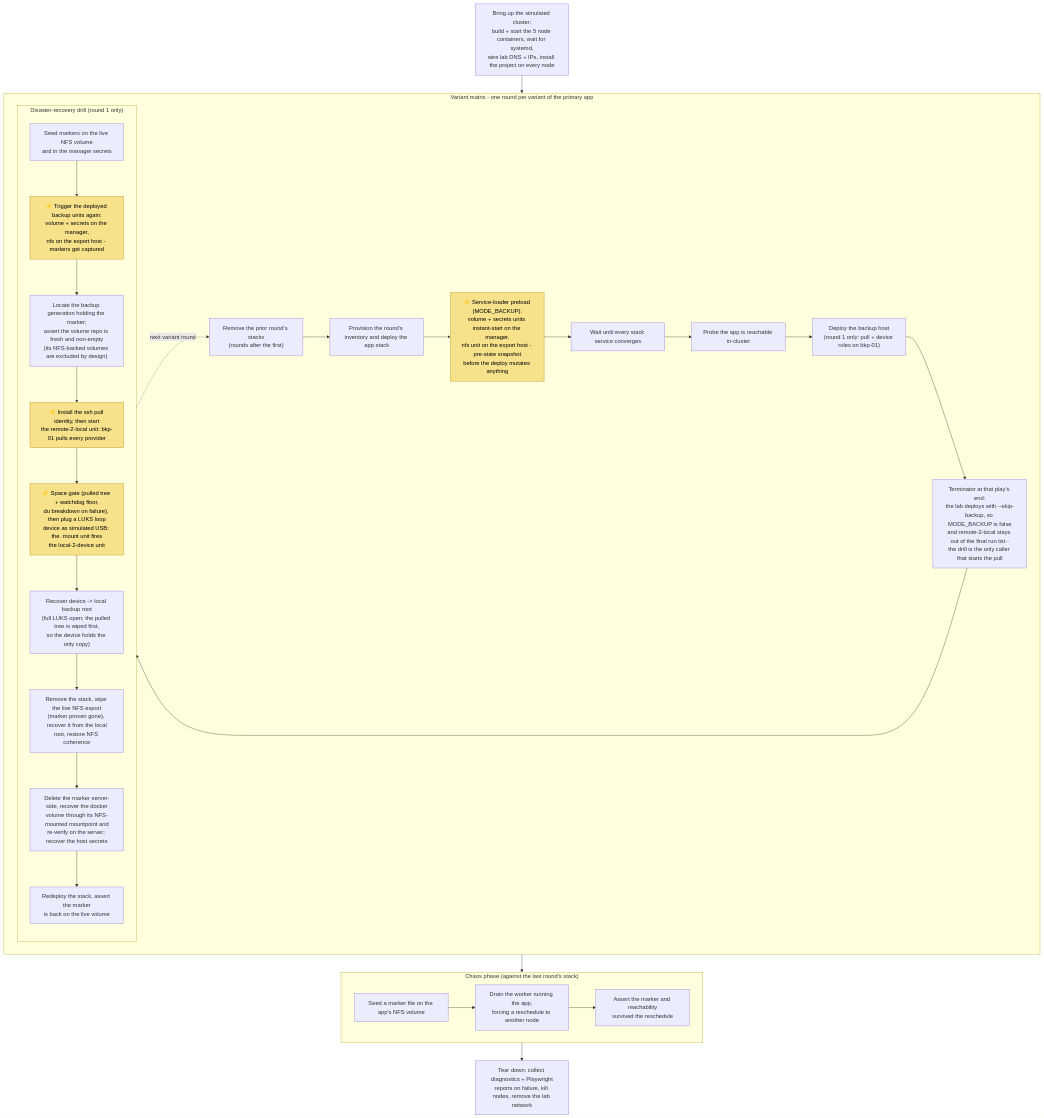
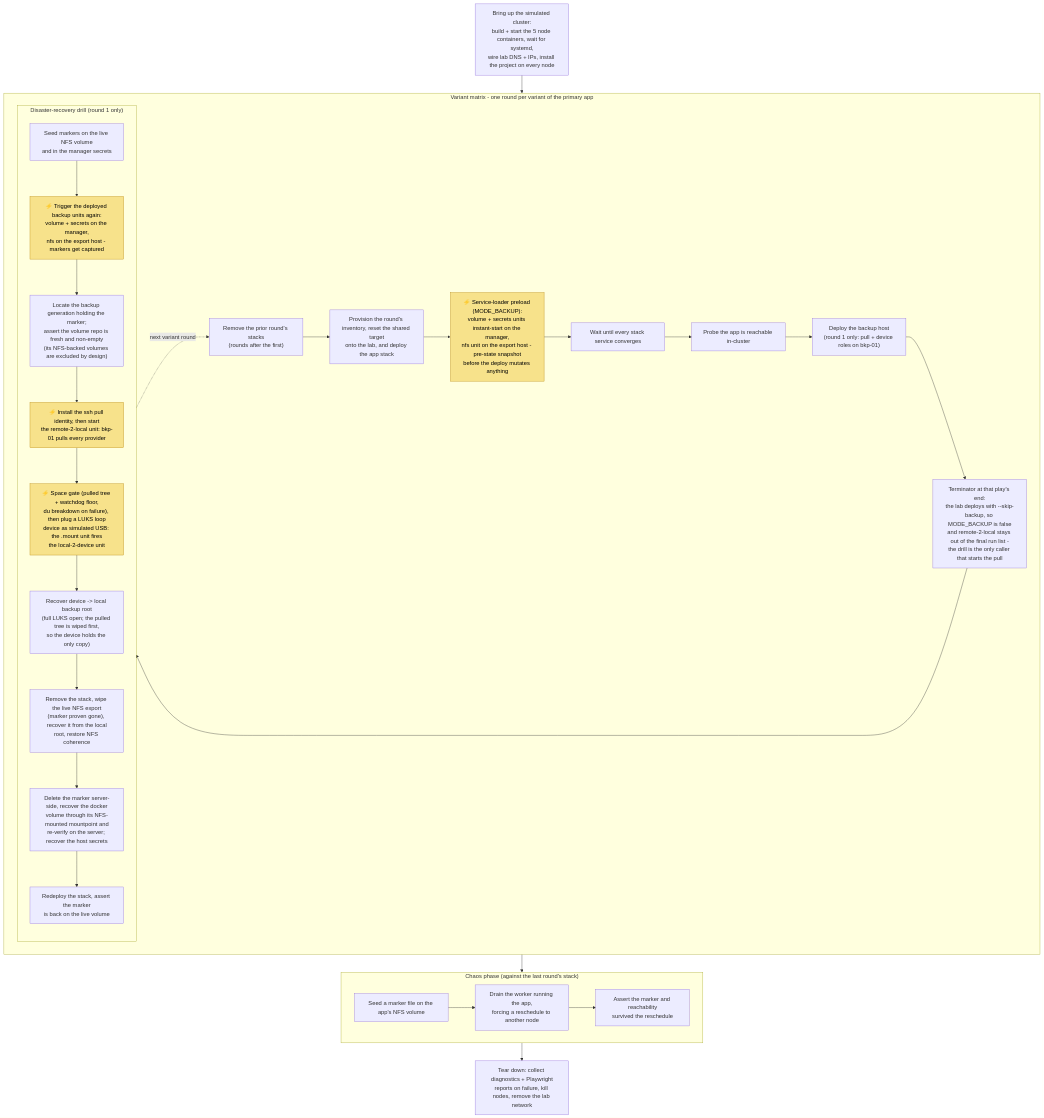
The diagram in scripts/tests/deploy/swarm/routine/README.md (infinito-nexus/core), drawn with Mermaid before and after one commit. The commit also changed 372 other files, not shown here.

````diff
--- a/scripts/tests/deploy/swarm/routine/README.md
+++ b/scripts/tests/deploy/swarm/routine/README.md
@@ -11,44 +11,44 @@
 ```mermaid
 flowchart TB
     boot["Bring up the simulated cluster:<br/>build + start the 5 node containers, wait for systemd,<br/>wire lab DNS + IPs, install the project on every node"]
 
     subgraph matrix["Variant matrix - one round per variant of the primary app"]
         purge["Remove the prior round's stacks<br/>(rounds after the first)"]
-        prov["Provision the round's inventory and deploy the app stack"]
+        prov["Provision the round's inventory, reset the shared target<br/>onto the lab, and deploy the app stack"]
         t_pre["⚡ Service-loader preload (MODE_BACKUP):<br/>volume + secrets units instant-start on the manager,<br/>nfs unit on the export host - pre-state snapshot<br/>before the deploy mutates anything"]
         conv["Wait until every stack service converges"]
         reach["Probe the app is reachable in-cluster"]
         bkphost["Deploy the backup host<br/>(round 1 only: pull + device roles on bkp-01)"]
         t_term["Terminator at that play's end:<br/>the lab deploys with --skip-backup, so MODE_BACKUP is false<br/>and remote-2-local stays out of the final run list -<br/>the drill is the only caller that starts the pull"]
 
         subgraph drill["Disaster-recovery drill (round 1 only)"]
             d1["Seed markers on the live NFS volume<br/>and in the manager secrets"]
             t_d2["⚡ Trigger the deployed backup units again:<br/>volume + secrets on the manager,<br/>nfs on the export host - markers get captured"]
             d3["Locate the backup generation holding the marker;<br/>assert the volume repo is fresh and non-empty<br/>(its NFS-backed volumes are excluded by design)"]
             t_d4["⚡ Install the ssh pull identity, then start<br/>the remote-2-local unit: bkp-01 pulls every provider"]
             t_d5["⚡ Space gate (pulled tree + watchdog floor,<br/>du breakdown on failure), then plug a LUKS loop<br/>device as simulated USB: the .mount unit fires<br/>the local-2-device unit"]
             d6["Recover device -> local backup root<br/>(full LUKS open; the pulled tree is wiped first,<br/>so the device holds the only copy)"]
             d7["Remove the stack, wipe the live NFS export<br/>(marker proven gone), recover it from the local<br/>root, restore NFS coherence"]
             d8["Delete the marker server-side, recover the docker<br/>volume through its NFS-mounted mountpoint and<br/>re-verify on the server; recover the host secrets"]
             d9["Redeploy the stack, assert the marker<br/>is back on the live volume"]
             d1 --> t_d2 --> d3 --> t_d4 --> t_d5 --> d6 --> d7 --> d8 --> d9
         end
 
         purge --> prov --> t_pre --> conv --> reach --> bkphost --> t_term --> drill
         drill -.->|next variant round| purge
     end
 
     subgraph chaos["Chaos phase (against the last round's stack)"]
         seed["Seed a marker file on the app's NFS volume"]
         drain["Drain the worker running the app,<br/>forcing a reschedule to another node"]
         assertion["Assert the marker and reachability<br/>survived the reschedule"]
         seed --> drain --> assertion
     end
 
     teardown["Tear down: collect diagnostics + Playwright<br/>reports on failure, kill nodes, remove the lab network"]
 
     boot --> matrix --> chaos --> teardown
 
     classDef trigger fill:#f7e28b,stroke:#b8860b,color:#000
     class t_pre,t_d2,t_d4,t_d5 trigger
 ```
````
